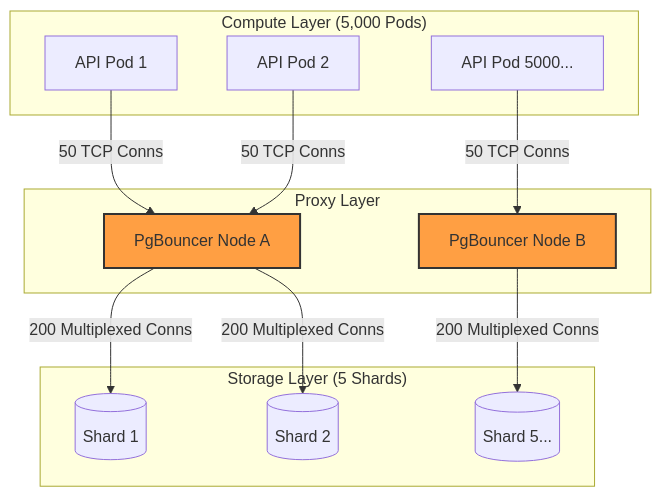
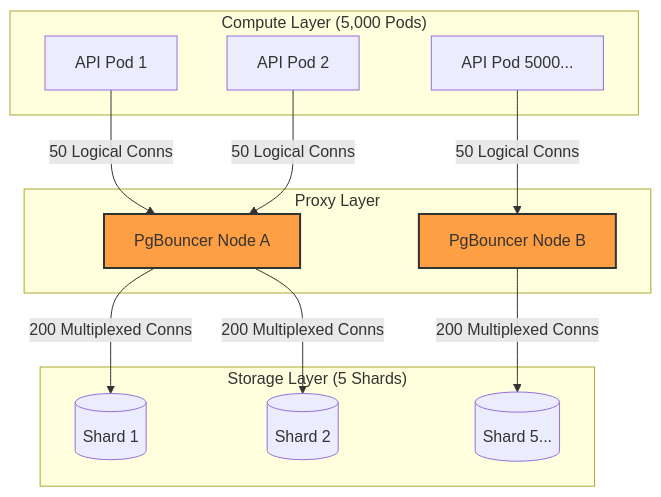
The diagram in content/posts/series_2/4.scaling_beyond_postgresql_sharding.md (tuanhiep/principal), drawn with Mermaid before and after one commit. The commit also changed other lines of this file, not shown here.

````diff
--- a/content/posts/series_2/4.scaling_beyond_postgresql_sharding.md
+++ b/content/posts/series_2/4.scaling_beyond_postgresql_sharding.md
@@ -79,30 +79,30 @@
 ```mermaid
 graph TD
     subgraph "Compute Layer (5,000 Pods)"
         P1[API Pod 1]
         P2[API Pod 2]
         P3[API Pod 5000...]
     end
 
     subgraph "Proxy Layer"
         PB1[PgBouncer Node A]
         PB2[PgBouncer Node B]
     end
 
     subgraph "Storage Layer (5 Shards)"
         DB1[(Shard 1)]
         DB2[(Shard 2)]
         DB3[(Shard 5...)]
     end
 
-    P1 -- 50 TCP Conns --> PB1
-    P2 -- 50 TCP Conns --> PB1
-    P3 -- 50 TCP Conns --> PB2
-
+    P1 -- 50 Logical Conns --> PB1
+    P2 -- 50 Logical Conns --> PB1
+    P3 -- 50 Logical Conns --> PB2
+    
     PB1 -- 200 Multiplexed Conns --> DB1
     PB1 -- 200 Multiplexed Conns --> DB2
     PB2 -- 200 Multiplexed Conns --> DB3
-
+    
     style PB1 fill:#ff9f43,stroke:#333,stroke-width:2px
     style PB2 fill:#ff9f43,stroke:#333,stroke-width:2px
 ```
````
